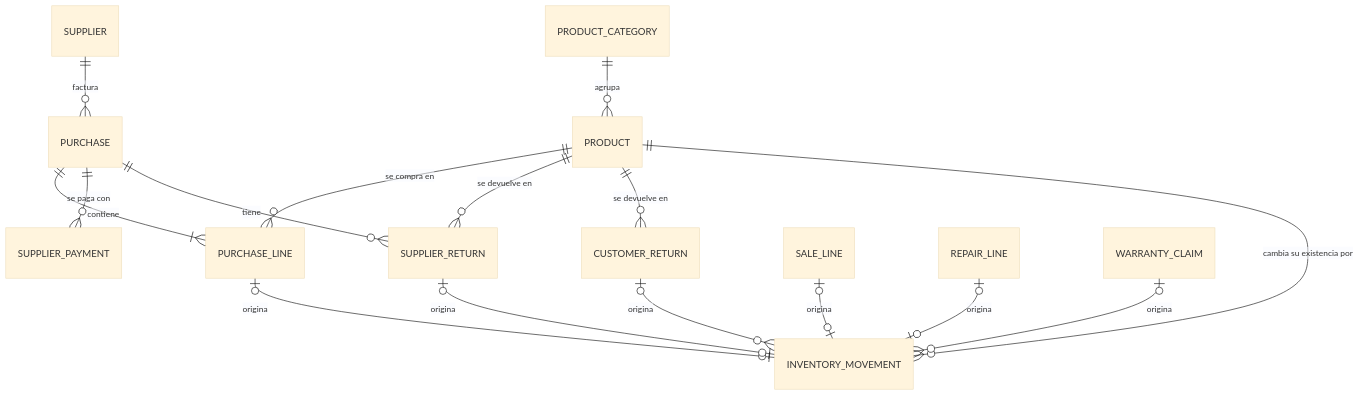
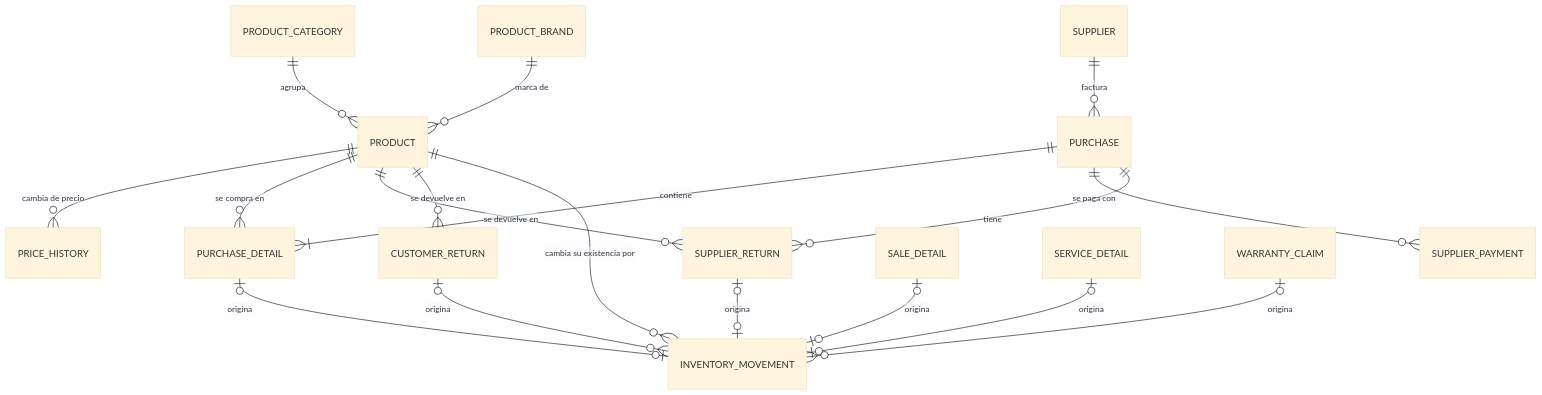
Before and after one commit to kenry-rookie/Motor-IRM: the second of 4 diagrams in Documentation/Stages/S3 - Conceptual Model - MIRM.md, drawn with Mermaid (base theme). The commit also changed other lines of this file and 44 other files, not shown here.

````diff
--- a/Documentation/Stages/S3 - Conceptual Model - MIRM.md
+++ b/Documentation/Stages/S3 - Conceptual Model - MIRM.md
@@ -105,18 +110,20 @@
 ```mermaid
 erDiagram
     PRODUCT_CATEGORY ||--o{ PRODUCT : "agrupa"
+    PRODUCT_BRAND ||--o{ PRODUCT : "marca de"
+    PRODUCT ||--o{ PRICE_HISTORY : "cambia de precio"
     SUPPLIER ||--o{ PURCHASE : "factura"
-    PURCHASE ||--|{ PURCHASE_LINE : "contiene"
-    PRODUCT ||--o{ PURCHASE_LINE : "se compra en"
+    PURCHASE ||--|{ PURCHASE_DETAIL : "contiene"
+    PRODUCT ||--o{ PURCHASE_DETAIL : "se compra en"
     PURCHASE ||--o{ SUPPLIER_PAYMENT : "se paga con"
     PURCHASE ||--o{ SUPPLIER_RETURN : "tiene"
     PRODUCT ||--o{ SUPPLIER_RETURN : "se devuelve en"
     PRODUCT ||--o{ CUSTOMER_RETURN : "se devuelve en"
     PRODUCT ||--o{ INVENTORY_MOVEMENT : "cambia su existencia por"
-    PURCHASE_LINE |o--o| INVENTORY_MOVEMENT : "origina"
-    SALE_LINE |o--o| INVENTORY_MOVEMENT : "origina"
-    REPAIR_LINE |o--o| INVENTORY_MOVEMENT : "origina"
+    PURCHASE_DETAIL |o--o| INVENTORY_MOVEMENT : "origina"
+    SALE_DETAIL |o--o| INVENTORY_MOVEMENT : "origina"
+    SERVICE_DETAIL |o--o| INVENTORY_MOVEMENT : "origina"
     CUSTOMER_RETURN |o--o{ INVENTORY_MOVEMENT : "origina"
     SUPPLIER_RETURN |o--o| INVENTORY_MOVEMENT : "origina"
     WARRANTY_CLAIM |o--o{ INVENTORY_MOVEMENT : "origina"
 ```
````
